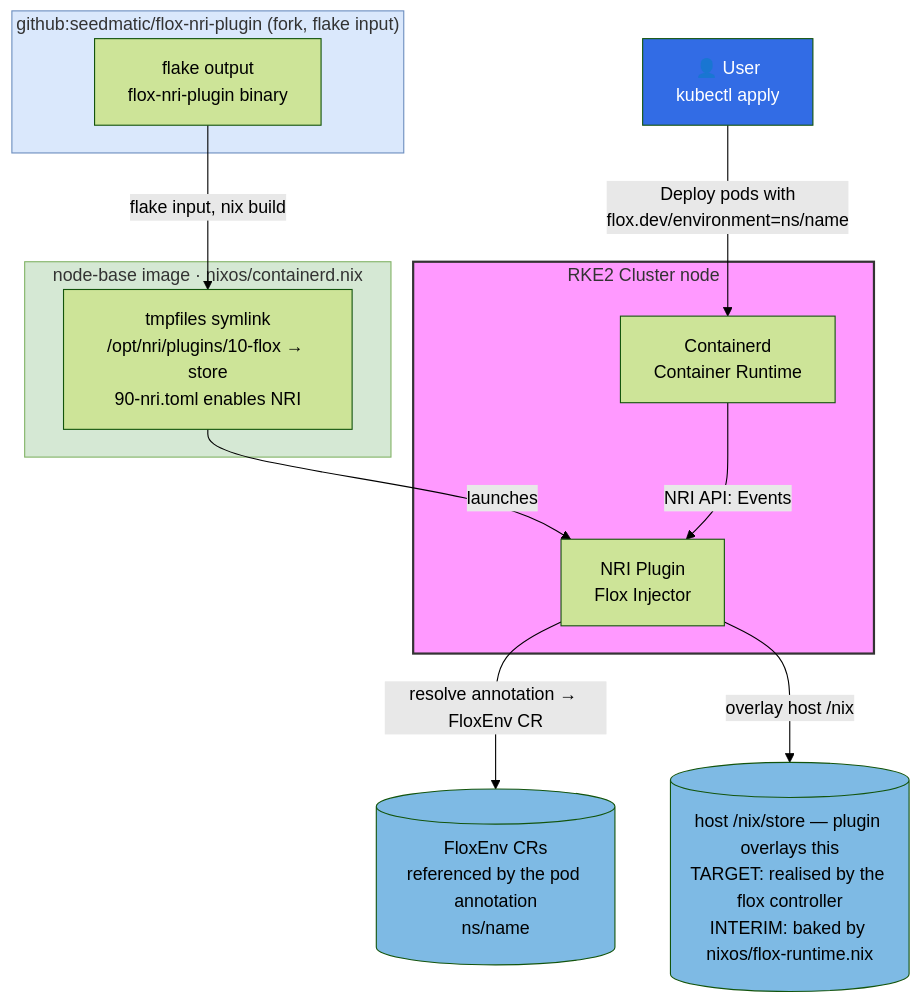
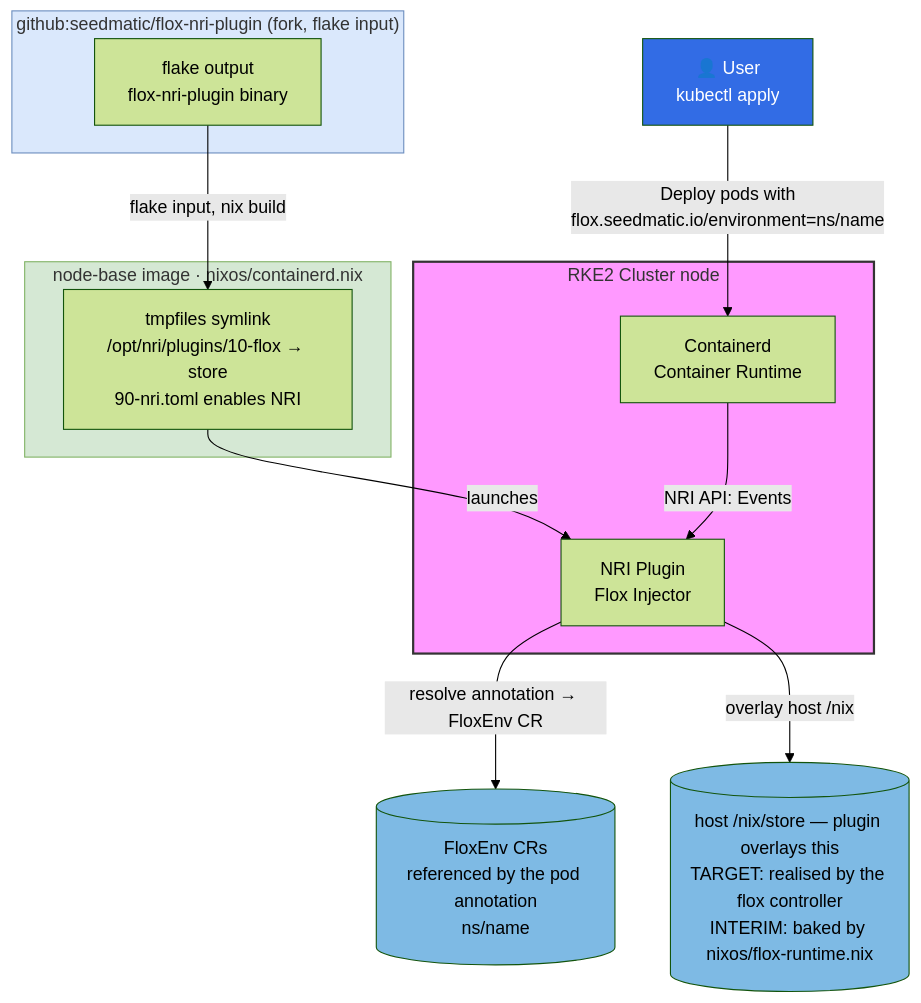
Before and after one commit to nxmatic/rke2lab: the first of 8 diagrams in docs/architecture/nri-plugin-c4-diagrams.adoc, drawn with Mermaid (forest theme). The commit also changed other lines of this file and 2 other files, not shown here.

First line of the commit message:
docs(flox): migrate the pod annotation to flox.seedmatic.io/*

```diff
--- a/docs/architecture/nri-plugin-c4-diagrams.adoc
+++ b/docs/architecture/nri-plugin-c4-diagrams.adoc
@@ -37,35 +37,35 @@
 [mermaid]
 ....
 flowchart TB
     User[👤 User<br/>kubectl apply]
 
     subgraph Fork["github:seedmatic/flox-nri-plugin (fork, flake input)"]
         ForkFlake[flake output<br/>flox-nri-plugin binary]
     end
 
     subgraph Image["node-base image · nixos/containerd.nix"]
         Bake[tmpfiles symlink<br/>/opt/nri/plugins/10-flox → store<br/>90-nri.toml enables NRI]
     end
 
     subgraph RKE2["RKE2 Cluster node"]
         Containerd[Containerd<br/>Container Runtime]
         NRI[NRI Plugin<br/>Flox Injector]
     end
 
     Nix[(host /nix/store — plugin overlays this<br/>TARGET: realised by the flox controller<br/>INTERIM: baked by nixos/flox-runtime.nix)]
     Catalog[(FloxEnv CRs<br/>referenced by the pod annotation<br/>ns/name)]
 
     ForkFlake -->|flake input, nix build| Bake
     Bake -->|launches| NRI
-    User -->|Deploy pods with<br/>flox.dev/environment=ns/name| Containerd
+    User -->|Deploy pods with<br/>flox.seedmatic.io/environment=ns/name| Containerd
     Containerd -->|NRI API: Events| NRI
     NRI -->|resolve annotation → FloxEnv CR| Catalog
     NRI -->|overlay host /nix| Nix
 
     style User fill:#326ce5,color:#fff
     style RKE2 fill:#f9f,stroke:#333,stroke-width:2px
     style Nix fill:#7ebae4
     style Catalog fill:#7ebae4
     style Image fill:#d5e8d4,stroke:#82b366
     style Fork fill:#dae8fc,stroke:#6c8ebf
 ....
```
